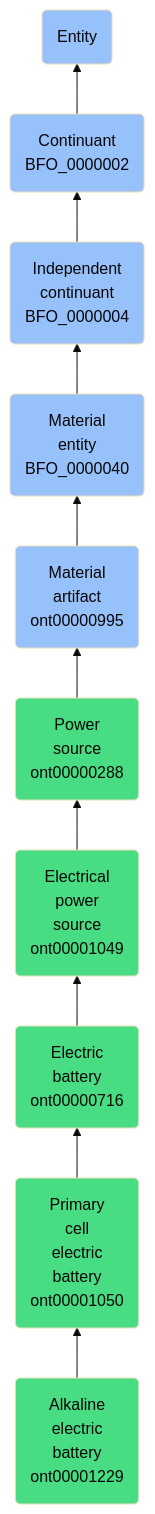
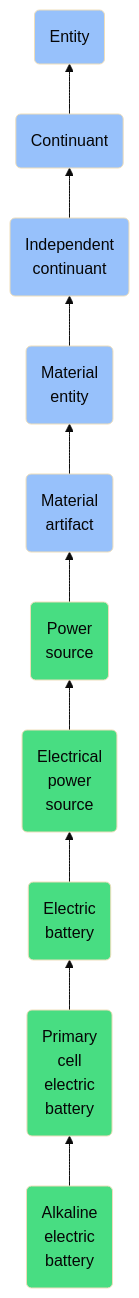
Before and after one commit to jupyter-naas/abi: the diagram in docs/ontology/reference/model/Entity/Continuant/Independent continuant/Material entity/Material artifact/Power source/Electrical power source/Electric battery/Primary cell electric battery/Alkaline electric battery/Alkaline electric battery.md, drawn with Mermaid (base theme). The commit also changed other lines of this file and 1430 other files, not shown here.

````diff
--- a/docs/ontology/reference/model/Entity/Continuant/Independent continuant/Material entity/Material artifact/Power source/Electrical power source/Electric battery/Primary cell electric battery/Alkaline electric battery/Alkaline electric battery.md
+++ b/docs/ontology/reference/model/Entity/Continuant/Independent continuant/Material entity/Material artifact/Power source/Electrical power source/Electric battery/Primary cell electric battery/Alkaline electric battery/Alkaline electric battery.md
@@ -24,17 +24,17 @@
 ```mermaid
 graph BT
-    ont00001229(Alkaline<br>electric<br>battery<br>ont00001229):::ABI-->ont00001050
-    ont00001050(Primary<br>cell<br>electric<br>battery<br>ont00001050):::ABI-->ont00000716
-    ont00000716(Electric<br>battery<br>ont00000716):::ABI-->ont00001049
-    ont00001049(Electrical<br>power<br>source<br>ont00001049):::ABI-->ont00000288
-    ont00000288(Power<br>source<br>ont00000288):::ABI-->ont00000995
-    ont00000995(Material<br>artifact<br>ont00000995):::BFO-->BFO_0000040
-    BFO_0000040(Material<br>entity<br>BFO_0000040):::BFO-->BFO_0000004
-    BFO_0000004(Independent<br>continuant<br>BFO_0000004):::BFO-->BFO_0000002
-    BFO_0000002(Continuant<br>BFO_0000002):::BFO-->BFO_0000001
+    ont00001229(Alkaline<br>electric<br>battery):::ABI-->ont00001050
+    ont00001050(Primary<br>cell<br>electric<br>battery):::ABI-->ont00000716
+    ont00000716(Electric<br>battery):::ABI-->ont00001049
+    ont00001049(Electrical<br>power<br>source):::ABI-->ont00000288
+    ont00000288(Power<br>source):::ABI-->ont00000995
+    ont00000995(Material<br>artifact):::BFO-->BFO_0000040
+    BFO_0000040(Material<br>entity):::BFO-->BFO_0000004
+    BFO_0000004(Independent<br>continuant):::BFO-->BFO_0000002
+    BFO_0000002(Continuant):::BFO-->BFO_0000001
     BFO_0000001(Entity):::BFO
     
     classDef BFO fill:#97c1fb,color:#060606
     classDef CCO fill:#e4c51e,color:#060606
     classDef ABI fill:#48DD82,color:#060606
 ```
````
